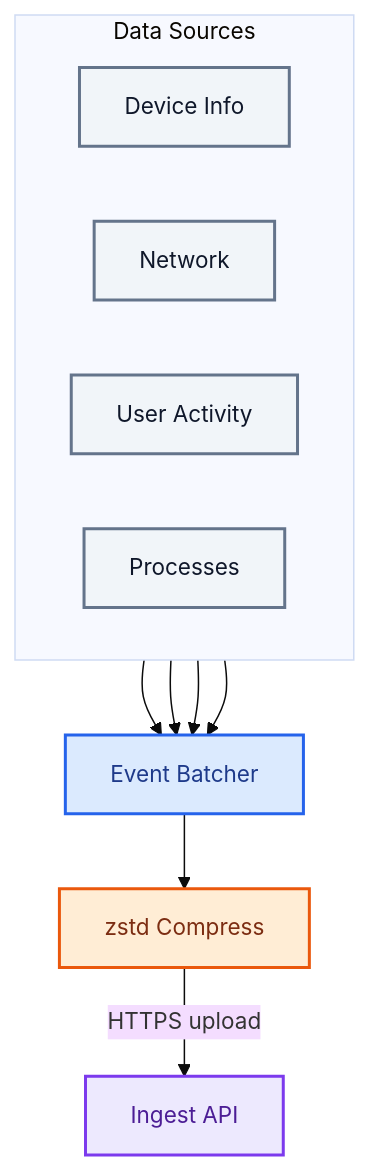
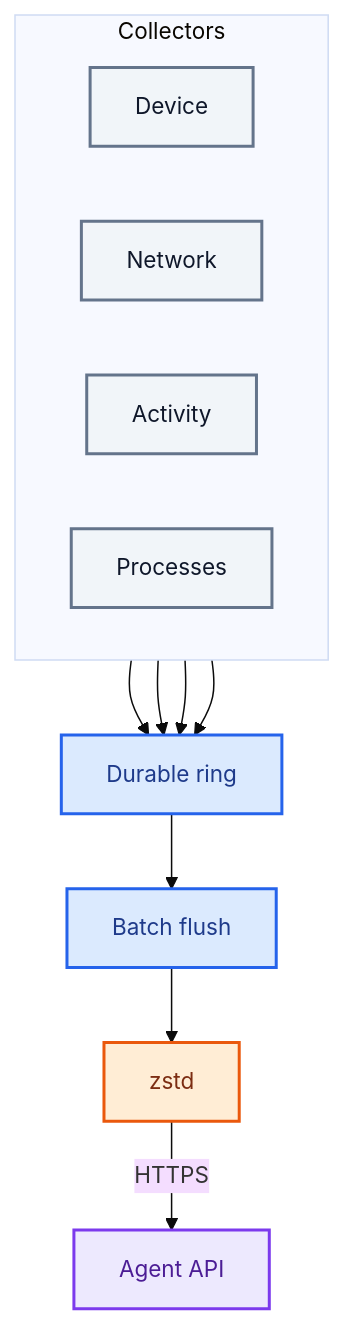
Before and after one commit to TrustEdgeOrg/TrustEdge-Agent: the first of 2 diagrams in docs/collection.md, drawn with Mermaid. The commit also changed other lines of this file, not shown here.

First line of the commit message:
Refresh collection docs to match the durable ring path.

````diff
--- a/docs/collection.md
+++ b/docs/collection.md
@@ -11,32 +22,32 @@
 ```mermaid
 %%{init: {'theme': 'base', 'themeVariables': {'fontSize': '15px', 'fontFamily': 'arial'}}}%%
 flowchart TB
-    subgraph SRC ["Data Sources"]
+    subgraph SRC ["Collectors"]
         direction LR
-        D1["Device Info"]
+        D1["Device"]
         D2["Network"]
-        D3["User Activity"]
+        D3["Activity"]
         D4["Processes"]
     end
 
-    BAT["Event Batcher"]
-    ZIP["zstd Compress"]
-    API["Ingest API"]
+    RING["Durable ring"]
+    BAT["Batch flush"]
+    ZIP["zstd"]
+    API["Agent API"]
 
-    D1 --> BAT
-    D2 --> BAT
-    D3 --> BAT
-    D4 --> BAT
-    BAT --> ZIP
-    ZIP -->|HTTPS upload| API
+    D1 --> RING
+    D2 --> RING
+    D3 --> RING
+    D4 --> RING
+    RING --> BAT --> ZIP -->|HTTPS| API
 
     classDef source fill:#F1F5F9,stroke:#64748B,stroke-width:2px,color:#0F172A
-    classDef batch fill:#DBEAFE,stroke:#2563EB,stroke-width:2px,color:#1E3A8A
+    classDef ring fill:#DBEAFE,stroke:#2563EB,stroke-width:2px,color:#1E3A8A
     classDef compress fill:#FFEDD5,stroke:#EA580C,stroke-width:2px,color:#7C2D12
     classDef api fill:#EDE9FE,stroke:#7C3AED,stroke-width:2px,color:#4C1D95
 
     class D1,D2,D3,D4 source
-    class BAT batch
+    class RING,BAT ring
     class ZIP compress
     class API api
 ```
````
